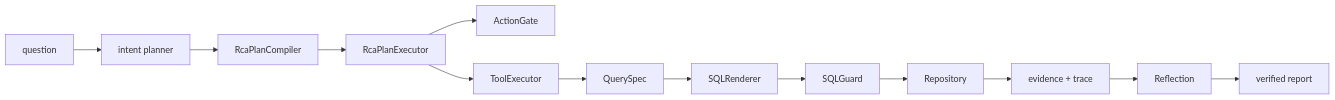
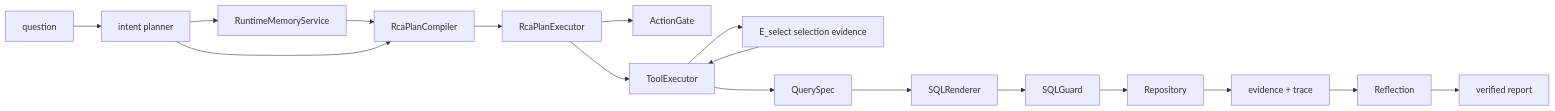
Before and after one commit to WOTMCCR/MetricRCA: the diagram in README.md, drawn with Mermaid. The commit also changed other lines of this file and 75 other files, not shown here.

````diff
--- a/README.md
+++ b/README.md
@@ -28,15 +28,19 @@
 ```mermaid
 flowchart LR
   Q[question] --> IP[intent planner]
+  IP --> MEM[RuntimeMemoryService]
+  MEM --> PC
   IP --> PC[RcaPlanCompiler]
   PC --> PE[RcaPlanExecutor]
   PE --> G[ActionGate]
   PE --> TOOLS[ToolExecutor]
+  TOOLS --> SELECT[E_select selection evidence]
+  SELECT --> TOOLS
   TOOLS --> QS[QuerySpec]
   QS --> SR[SQLRenderer]
   SR --> SG[SQLGuard]
   SG --> REPO[Repository]
   REPO --> EV[evidence + trace]
   EV --> REF[Reflection]
   REF --> REP[verified report]
 ```
````
